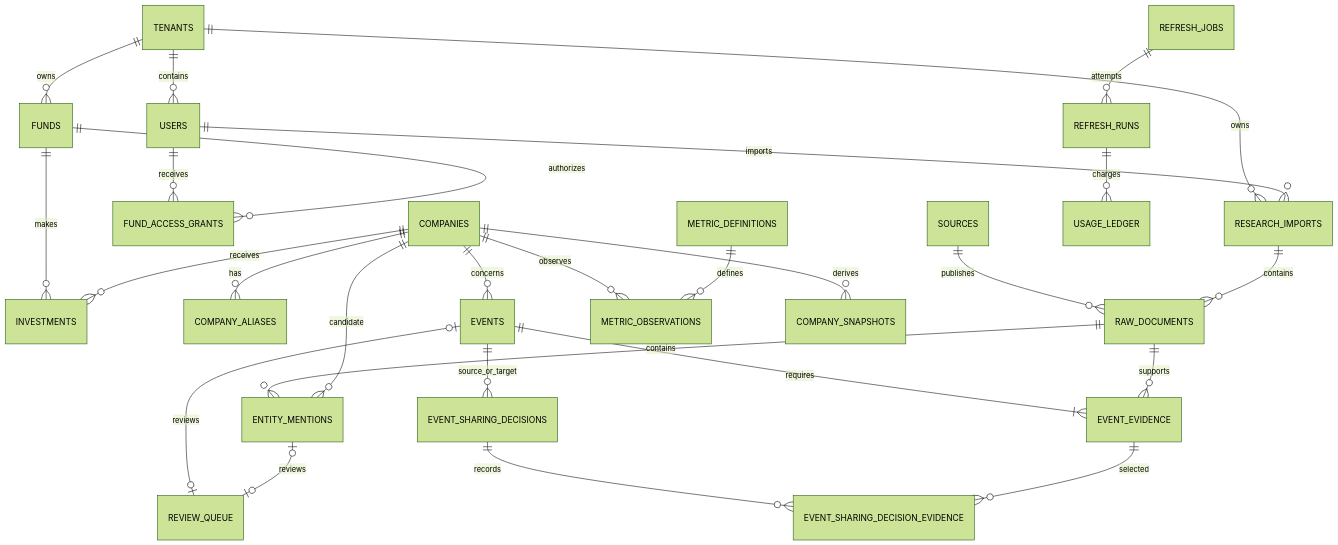
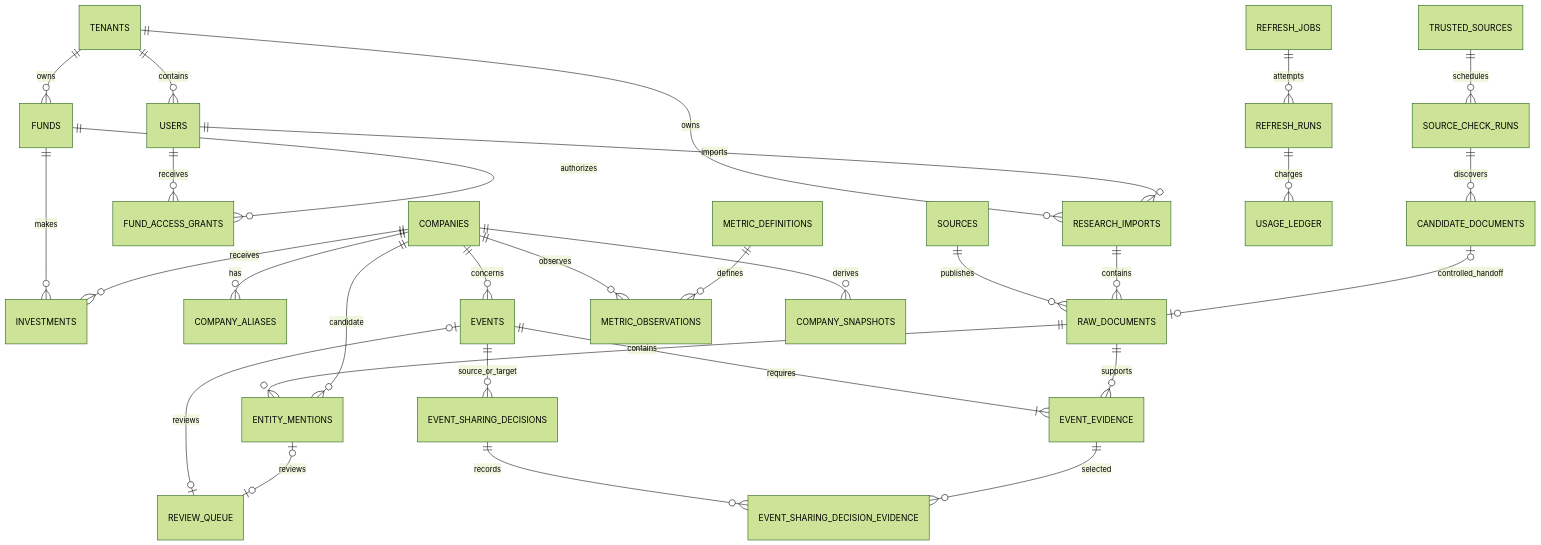
The first of 2 diagrams in docs/03-database-design.md (daiphoon/dealflow-radar), drawn with Mermaid (forest theme) before and after one commit. The commit also changed other lines of this file and 29 other files, not shown here.

````diff
--- a/docs/03-database-design.md
+++ b/docs/03-database-design.md
@@ -72,29 +72,32 @@
 ```mermaid
 erDiagram
   TENANTS ||--o{ USERS : contains
   TENANTS ||--o{ FUNDS : owns
   TENANTS ||--o{ RESEARCH_IMPORTS : owns
   USERS ||--o{ RESEARCH_IMPORTS : imports
   USERS ||--o{ FUND_ACCESS_GRANTS : receives
   FUNDS ||--o{ FUND_ACCESS_GRANTS : authorizes
   FUNDS ||--o{ INVESTMENTS : makes
   COMPANIES ||--o{ INVESTMENTS : receives
   COMPANIES ||--o{ COMPANY_ALIASES : has
   SOURCES ||--o{ RAW_DOCUMENTS : publishes
   RESEARCH_IMPORTS ||--o{ RAW_DOCUMENTS : contains
+  TRUSTED_SOURCES ||--o{ SOURCE_CHECK_RUNS : schedules
+  SOURCE_CHECK_RUNS ||--o{ CANDIDATE_DOCUMENTS : discovers
+  CANDIDATE_DOCUMENTS o|--o| RAW_DOCUMENTS : controlled_handoff
   RAW_DOCUMENTS ||--o{ ENTITY_MENTIONS : contains
   COMPANIES ||--o{ ENTITY_MENTIONS : candidate
   COMPANIES ||--o{ EVENTS : concerns
   EVENTS ||--|{ EVENT_EVIDENCE : requires
   EVENTS ||--o{ EVENT_SHARING_DECISIONS : source_or_target
   EVENT_SHARING_DECISIONS ||--o{ EVENT_SHARING_DECISION_EVIDENCE : records
   EVENT_EVIDENCE ||--o{ EVENT_SHARING_DECISION_EVIDENCE : selected
   EVENTS o|--o| REVIEW_QUEUE : reviews
   ENTITY_MENTIONS o|--o| REVIEW_QUEUE : reviews
   RAW_DOCUMENTS ||--o{ EVENT_EVIDENCE : supports
   COMPANIES ||--o{ METRIC_OBSERVATIONS : observes
   METRIC_DEFINITIONS ||--o{ METRIC_OBSERVATIONS : defines
   COMPANIES ||--o{ COMPANY_SNAPSHOTS : derives
   REFRESH_JOBS ||--o{ REFRESH_RUNS : attempts
   REFRESH_RUNS ||--o{ USAGE_LEDGER : charges
 ```
````
